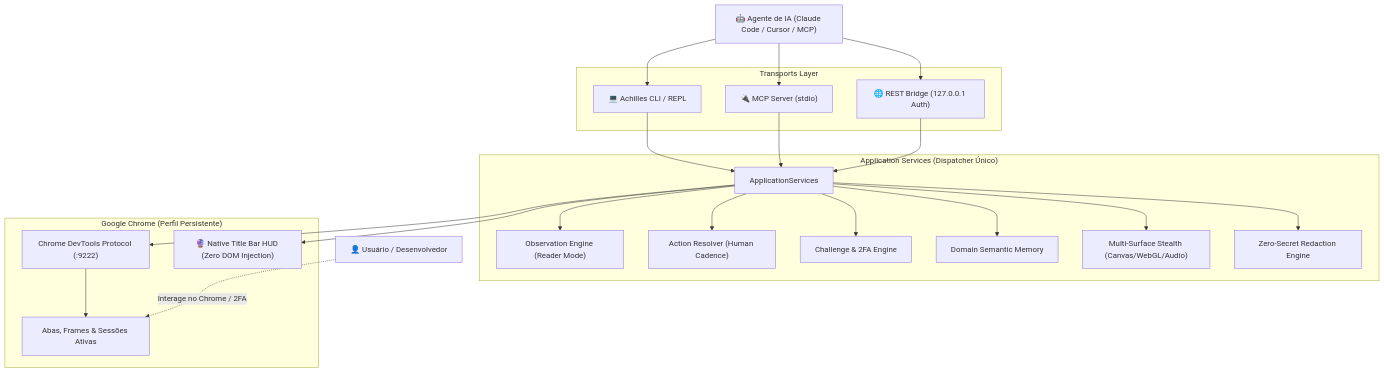
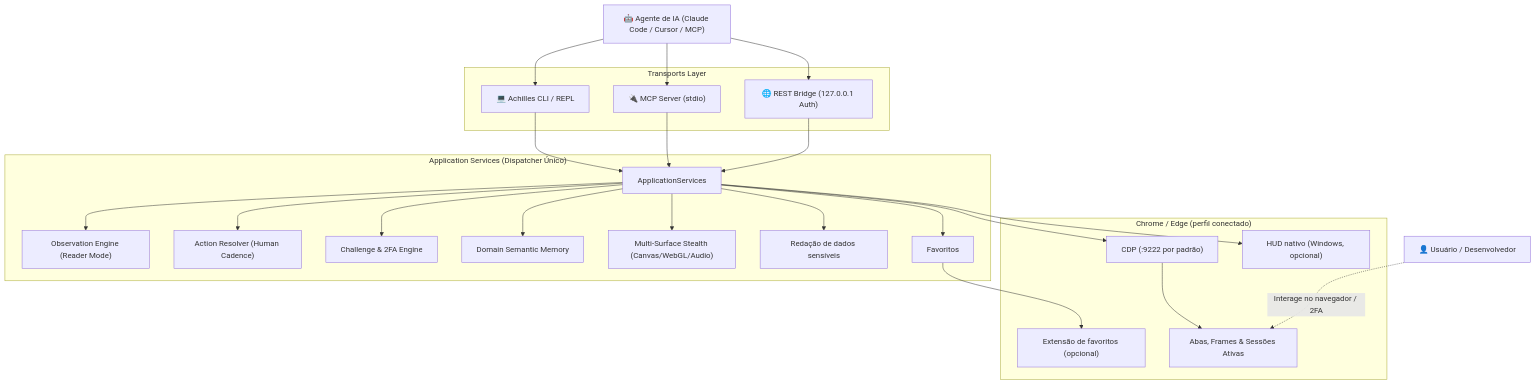
One commit to PedroReoli/Achilles-CDP-Agent changed the diagram in README.md. Above: the diagram before and after it, drawn with Mermaid. The commit also changed other lines of this file and 4 other files, not shown here.

````diff
--- a/README.md
+++ b/README.md
@@ -79,44 +72,48 @@
 ```mermaid
 graph TD
     User["👤 Usuário / Desenvolvedor"]
     AI["🤖 Agente de IA (Claude Code / Cursor / MCP)"]
 
     subgraph Transportes ["Transports Layer"]
         CLI["💻 Achilles CLI / REPL"]
         MCP["🔌 MCP Server (stdio)"]
         REST["🌐 REST Bridge (127.0.0.1 Auth)"]
     end
 
     subgraph ApplicationCore ["Application Services (Dispatcher Único)"]
         AppSvc["ApplicationServices"]
         Obs["Observation Engine (Reader Mode)"]
         Act["Action Resolver (Human Cadence)"]
         Chal["Challenge & 2FA Engine"]
         Mem["Domain Semantic Memory"]
         Stealth["Multi-Surface Stealth (Canvas/WebGL/Audio)"]
-        Redact["Zero-Secret Redaction Engine"]
+        Redact["Redação de dados sensíveis"]
+        Bookmarks["Favoritos"]
     end
 
-    subgraph ChromeRuntime ["Google Chrome (Perfil Persistente)"]
-        CDP["Chrome DevTools Protocol (:9222)"]
-        HUD["🔮 Native Title Bar HUD (Zero DOM Injection)"]
+    subgraph ChromeRuntime ["Chrome / Edge (perfil conectado)"]
+        CDP["CDP (:9222 por padrão)"]
+        Extension["Extensão de favoritos (opcional)"]
+        HUD["HUD nativo (Windows, opcional)"]
         Pages["Abas, Frames & Sessões Ativas"]
     end
 
     AI --> CLI
     AI --> MCP
     AI --> REST
     CLI --> AppSvc
     MCP --> AppSvc
     REST --> AppSvc
     AppSvc --> Obs
     AppSvc --> Act
     AppSvc --> Chal
     AppSvc --> Mem
     AppSvc --> Stealth
     AppSvc --> Redact
+    AppSvc --> Bookmarks
     AppSvc --> CDP
     AppSvc --> HUD
     CDP --> Pages
-    User -.->|Interage no Chrome / 2FA| Pages
+    Bookmarks --> Extension
+    User -.->|Interage no navegador / 2FA| Pages
 ```
````
